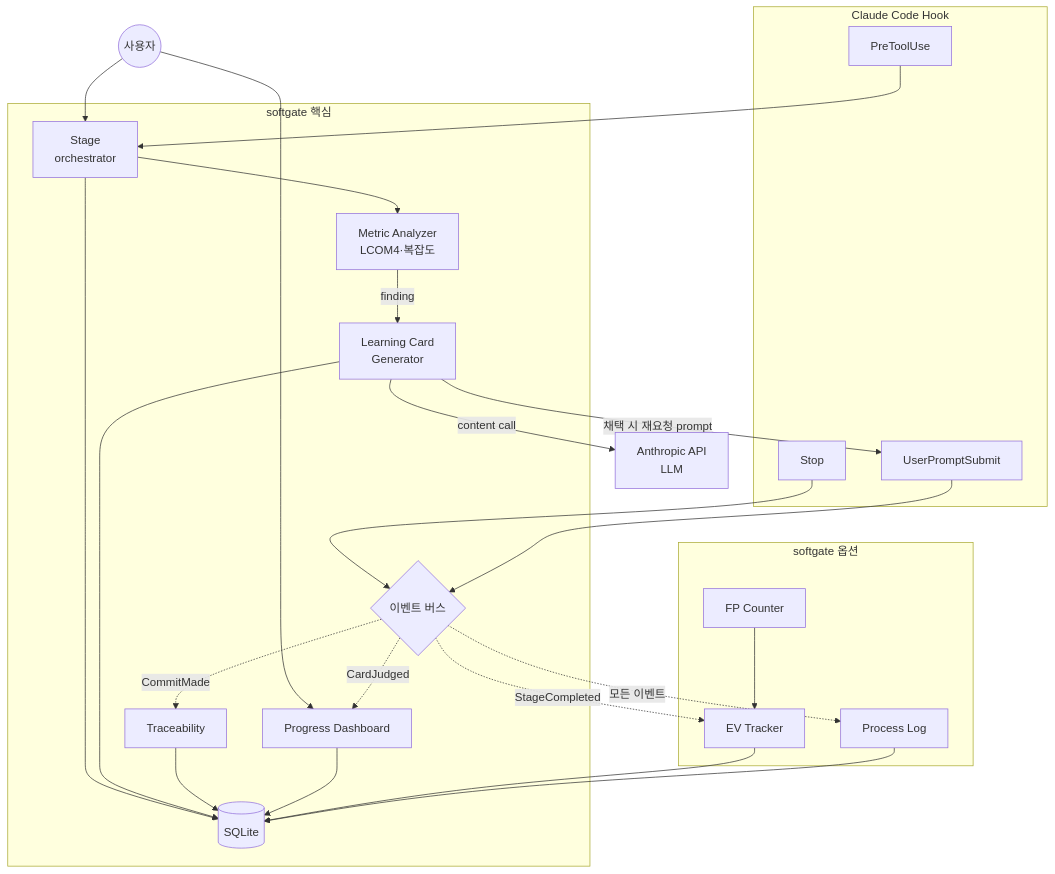
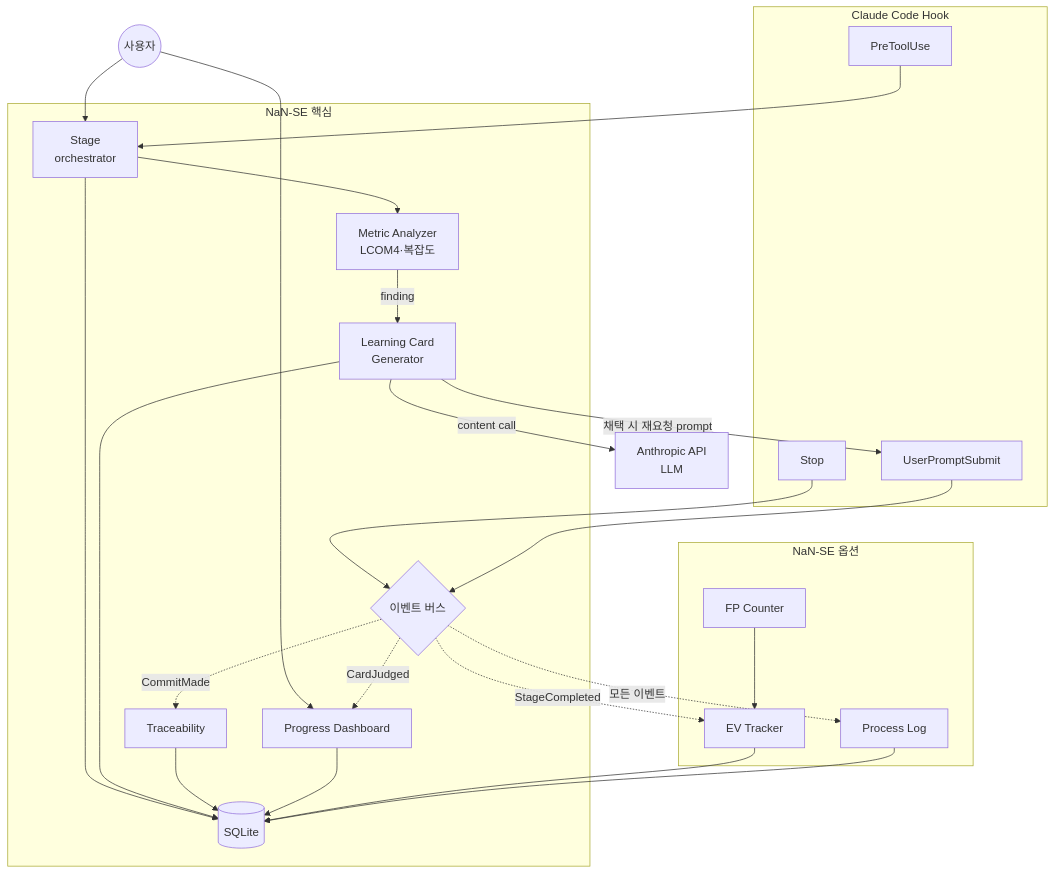
The second of 4 diagrams in docs/ARCHITECTURE.md (YujunOh/NaN-SE), drawn with Mermaid before and after one commit. The commit also changed other lines of this file and 58 other files, not shown here.

````diff
--- a/docs/ARCHITECTURE.md
+++ b/docs/ARCHITECTURE.md
@@ -65,51 +65,51 @@
 ```mermaid
 flowchart TB
     User((사용자))
     AnthropicAPI[Anthropic API<br/>LLM]
 
     subgraph "Claude Code Hook"
         Hook1[PreToolUse]
         Hook2[Stop]
         Hook3[UserPromptSubmit]
     end
 
-    subgraph "softgate 핵심"
+    subgraph "NaN-SE 핵심"
         SG[Stage<br/>orchestrator]
         SJ[Metric Analyzer<br/>LCOM4·복잡도]
         LC[Learning Card<br/>Generator]
         TR[Traceability]
         PD[Progress Dashboard]
         DB[(SQLite)]
         Bus{이벤트 버스}
     end
 
-    subgraph "softgate 옵션"
+    subgraph "NaN-SE 옵션"
         EV[EV Tracker]
         FP[FP Counter]
         PL[Process Log]
     end
 
     User --> SG
     User --> PD
     Hook1 --> SG
     Hook2 --> Bus
     Hook3 --> Bus
 
     SG --> DB
     SG --> SJ
     SJ -->|finding| LC
     LC -->|content call| AnthropicAPI
     LC --> DB
     LC -->|채택 시 재요청 prompt| Hook3
 
     Bus -.CommitMade.-> TR
     Bus -.CardJudged.-> PD
     Bus -.StageCompleted.-> EV
     Bus -.모든 이벤트.-> PL
 
     TR --> DB
     PD --> DB
     EV --> DB
     FP --> EV
     PL --> DB
 ```
````
